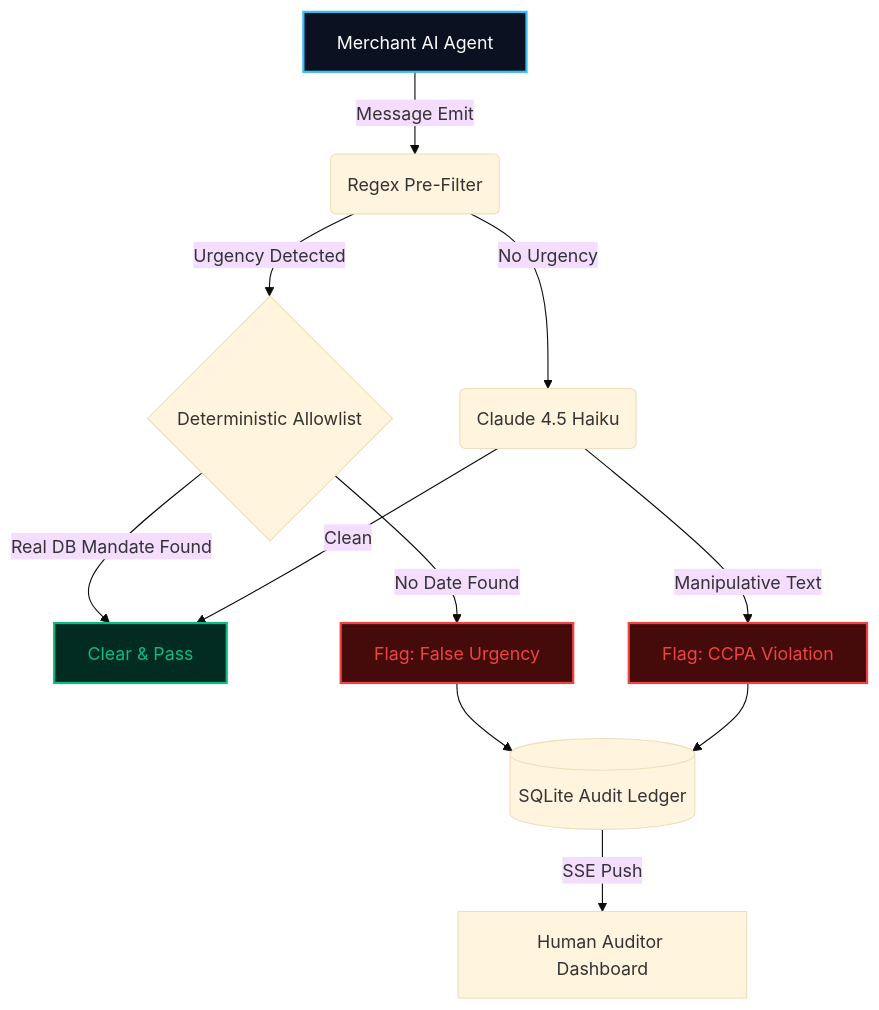
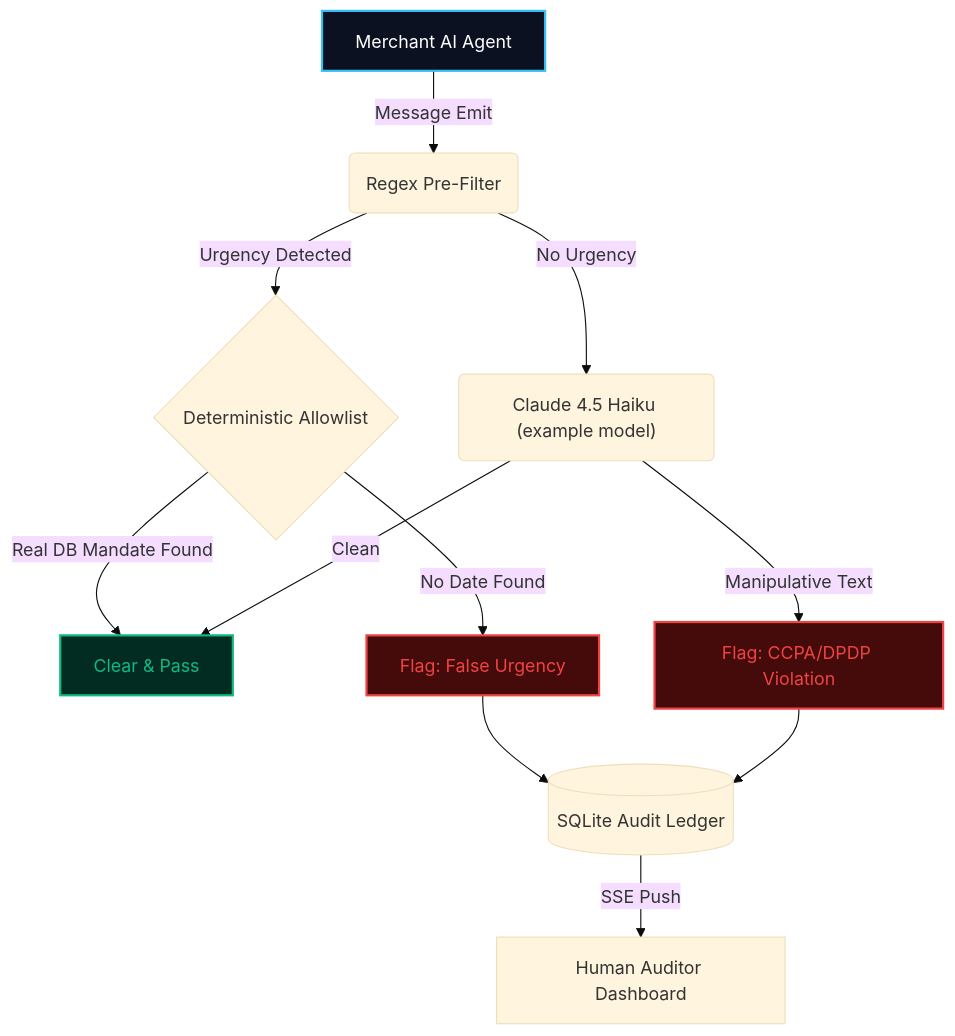
One commit to ketarora/Consent-Gaurd changed the diagram in README.md. Above: the diagram before and after it, drawn with Mermaid (base theme). The commit also changed other lines of this file and 2 other files, not shown here.

````diff
--- a/README.md
+++ b/README.md
@@ -35,23 +35,23 @@
 ```mermaid
 graph TD
     classDef agent stroke:#38BDF8,stroke-width:2px,fill:#0B1120,color:#fff;
     classDef guard stroke:#FCD34D,stroke-width:2px,fill:#1A1608,color:#FCD34D;
     classDef safe stroke:#10B981,stroke-width:2px,fill:#022C22,color:#10B981;
     classDef held stroke:#EF4444,stroke-width:2px,fill:#450A0A,color:#EF4444;
 
     A[Merchant AI Agent]:::agent -->|Message Emit| B(Regex Pre-Filter)
     
     B -->|Urgency Detected| C{Deterministic Allowlist}
-    B -->|No Urgency| D(Claude 4.5 Haiku)
+    B -->|No Urgency| D("Claude 4.5 Haiku (example model)")
 
     C -->|Real DB Mandate Found| E[Clear & Pass]:::safe
     C -->|No Date Found| F[Flag: False Urgency]:::held
     
     D -->|Clean| E
-    D -->|Manipulative Text| G[Flag: CCPA Violation]:::held
+    D -->|Manipulative Text| G[Flag: CCPA/DPDP Violation]:::held
     
     F --> H[(SQLite Audit Ledger)]
     G --> H
     
     H -->|SSE Push| I[Human Auditor Dashboard]
 ```
````
